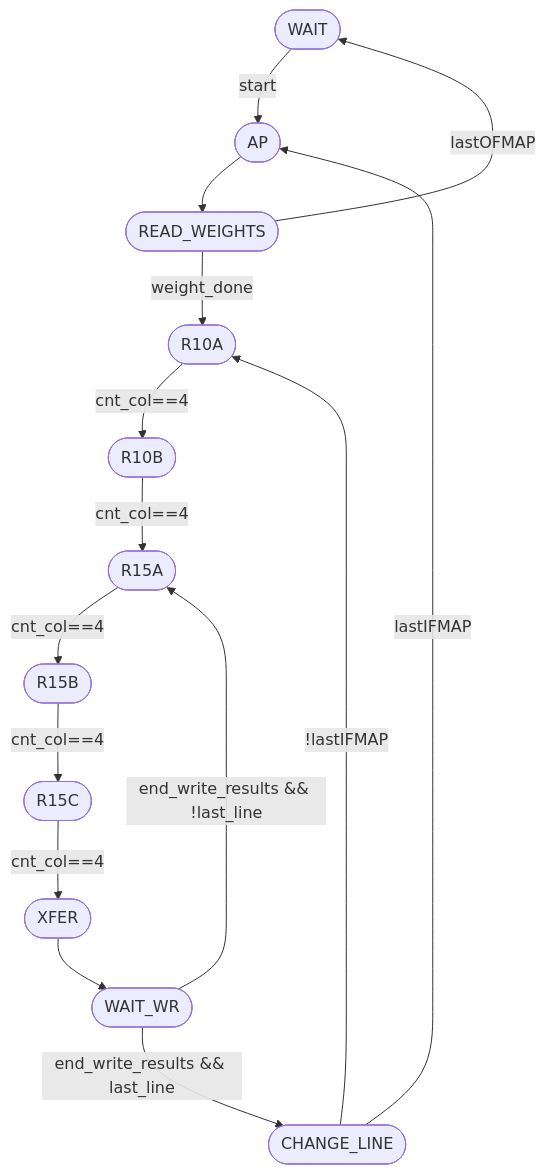
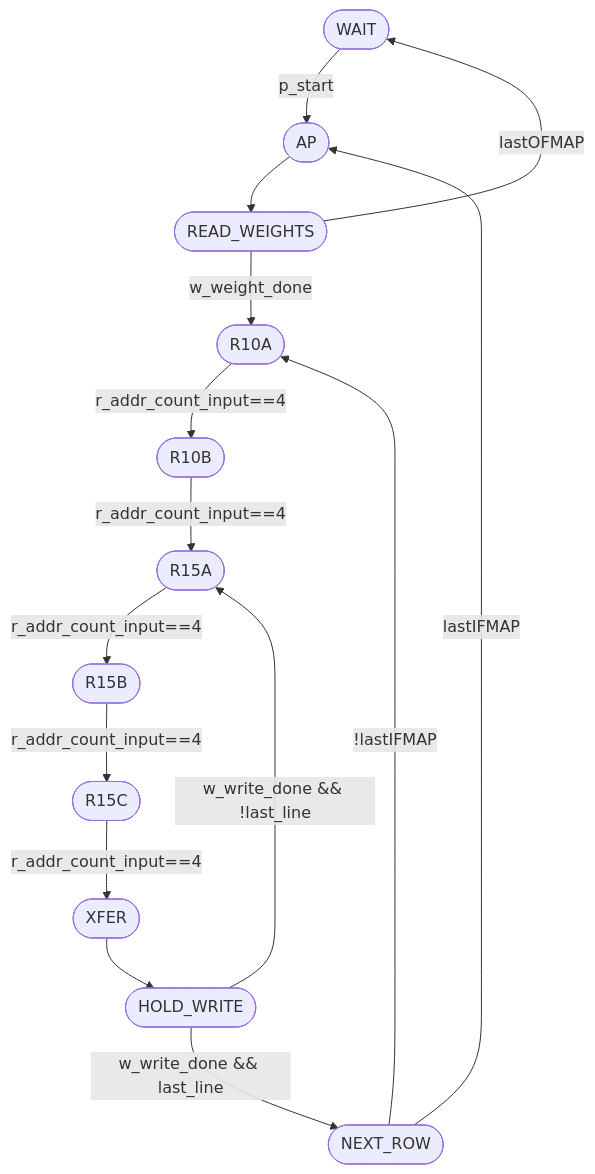
Before and after one commit to tarsioonofrio/FastConv_SystemVerilog: the first of 3 diagrams in rtl/control/README.md, drawn with Mermaid. The commit also changed other lines of this file and 10 other files, not shown here.

````diff
--- a/rtl/control/README.md
+++ b/rtl/control/README.md
@@ -56,16 +56,16 @@
 ```mermaid
 flowchart TB
-    W(["WAIT"]) -->|"start"| AP(["AP"]) --> RW(["READ_WEIGHTS"])
-    RW -->|"weight_done"| R10A(["R10A"])
+    W(["WAIT"]) -->|"p_start"| AP(["AP"]) --> RW(["READ_WEIGHTS"])
+    RW -->|"w_weight_done"| R10A(["R10A"])
     RW -->|"lastOFMAP"| W
-    R10A -->|"cnt_col==4"| R10B(["R10B"])
-    R10B -->|"cnt_col==4"| R15A(["R15A"])
-    R15A -->|"cnt_col==4"| R15B(["R15B"])
-    R15B -->|"cnt_col==4"| R15C(["R15C"])
-    R15C -->|"cnt_col==4"| X(["XFER"])
-    X --> WW(["WAIT_WR"])
-    WW -->|"end_write_results && !last_line"| R15A
-    WW -->|"end_write_results && last_line"| CL(["CHANGE_LINE"])
-    CL -->|"lastIFMAP"| AP
-    CL -->|"!lastIFMAP"| R10A
+    R10A -->|"r_addr_count_input==4"| R10B(["R10B"])
+    R10B -->|"r_addr_count_input==4"| R15A(["R15A"])
+    R15A -->|"r_addr_count_input==4"| R15B(["R15B"])
+    R15B -->|"r_addr_count_input==4"| R15C(["R15C"])
+    R15C -->|"r_addr_count_input==4"| X(["XFER"])
+    X --> HW(["HOLD_WRITE"])
+    HW -->|"w_write_done && !last_line"| R15A
+    HW -->|"w_write_done && last_line"| NR(["NEXT_ROW"])
+    NR -->|"lastIFMAP"| AP
+    NR -->|"!lastIFMAP"| R10A
 ```
````
